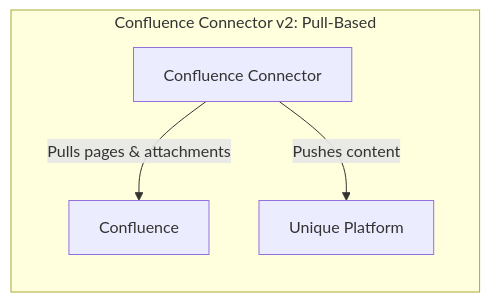
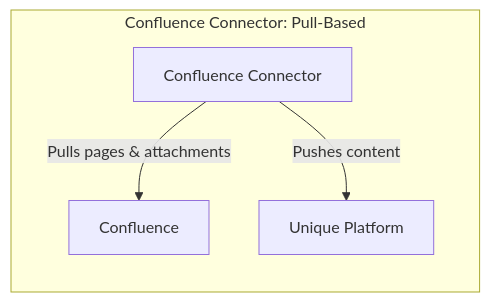
The diagram in services/confluence-connector/docs/technical/README.md (Unique-AG/connectors), drawn with Mermaid before and after one commit. The commit also changed other lines of this file and 4 other files, not shown here.

````diff
--- a/services/confluence-connector/docs/technical/README.md
+++ b/services/confluence-connector/docs/technical/README.md
@@ -32,7 +32,7 @@
 ```mermaid
 flowchart LR
-    subgraph PullV2["Confluence Connector v2: Pull-Based"]
+    subgraph PullV2["Confluence Connector: Pull-Based"]
         Connector["Confluence Connector"] -->|"Pulls pages & attachments"| Confluence["Confluence"]
         Connector -->|"Pushes content"| Unique["Unique Platform"]
     end
 ```
````
